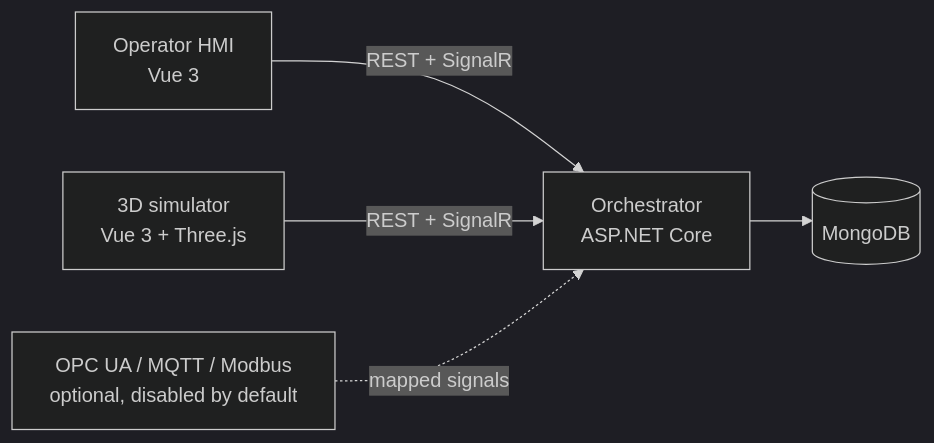
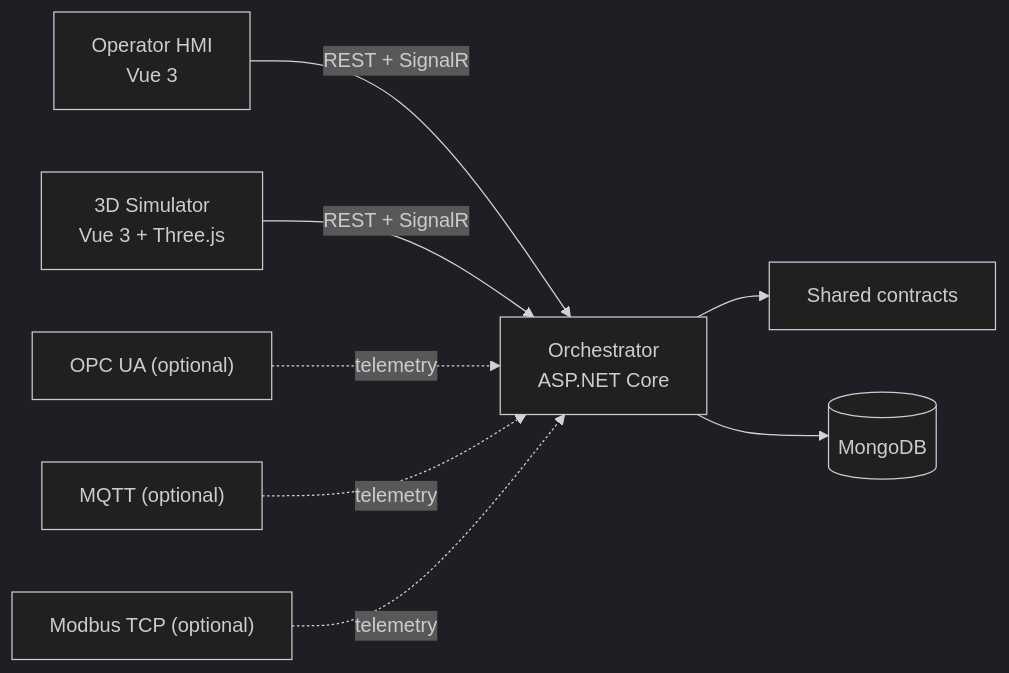
One commit to VirgileDjimgou/Fabrik3DLite changed the first of 2 diagrams in README.md. Above: the diagram before and after it, drawn with Mermaid (dark theme). The commit also changed other lines of this file, not shown here.

````diff
--- a/README.md
+++ b/README.md
@@ -111,7 +211,10 @@
 ```mermaid
 flowchart LR
-    HMI["Operator HMI\nVue 3"] -->|REST + SignalR| API["Orchestrator\nASP.NET Core"]
-    SIM["3D simulator\nVue 3 + Three.js"] -->|REST + SignalR| API
-    API --> DB[(MongoDB)]
-    PLC["OPC UA / MQTT / Modbus\noptional, disabled by default"] -. mapped signals .-> API
+    HMI["Operator HMI\nVue 3"] -->|REST + SignalR| Server["Orchestrator\nASP.NET Core"]
+    Simulator["3D Simulator\nVue 3 + Three.js"] -->|REST + SignalR| Server
+    Server --> Contracts["Shared contracts"]
+    Server --> Mongo[(MongoDB)]
+    OpcUa["OPC UA (optional)"] -. telemetry .-> Server
+    Mqtt["MQTT (optional)"] -. telemetry .-> Server
+    Modbus["Modbus TCP (optional)"] -. telemetry .-> Server
 ```
````
